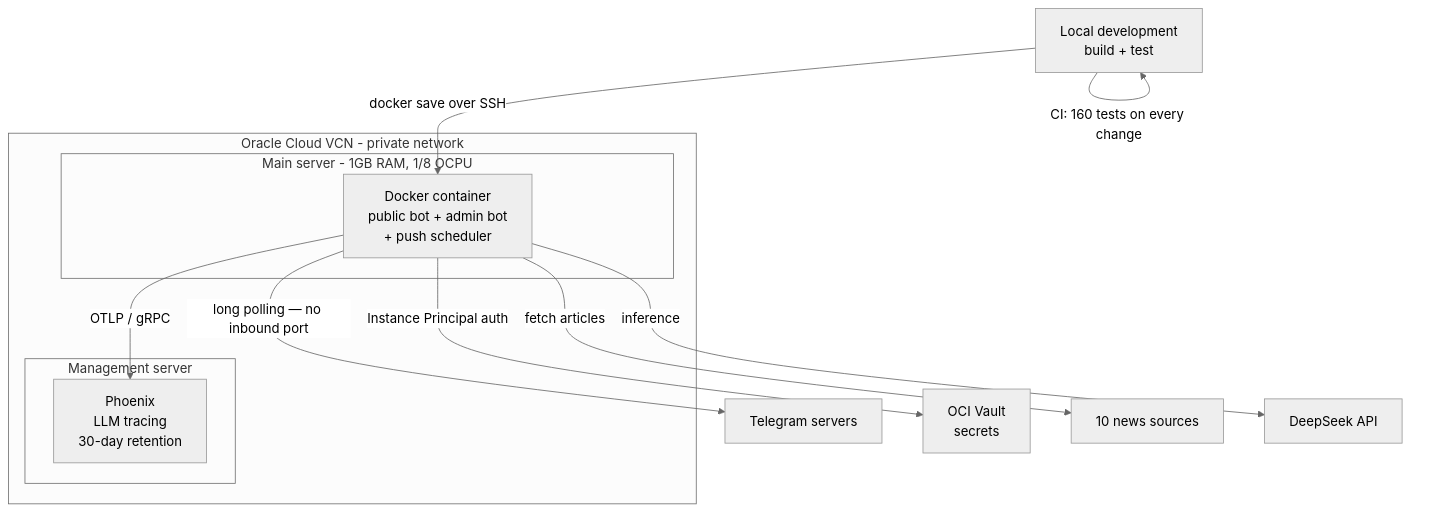
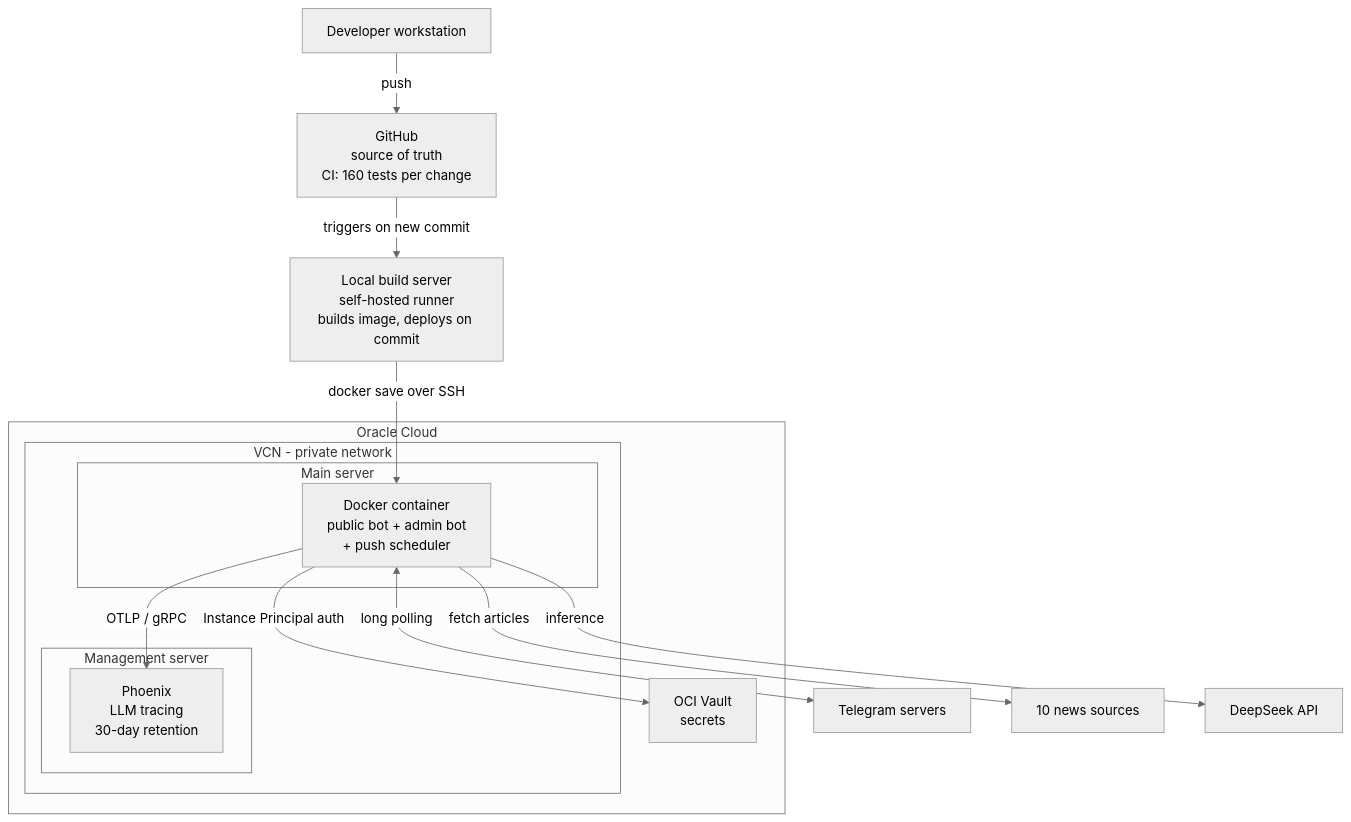
One commit to nankma/argus changed the first of 6 diagrams in docs/system-overview.md. Above: the diagram before and after it, drawn with Mermaid (neutral theme). The commit also changed other lines of this file and 3 other files, not shown here.

````diff
--- a/docs/system-overview.md
+++ b/docs/system-overview.md
@@ -118,25 +129,30 @@
 ```mermaid
 flowchart TB
-    DEV["Local development<br/>build + test"]
+    DEV["Developer workstation"]
+    GH["GitHub<br/>source of truth<br/>CI: 160 tests per change"]
+    BUILD["Local build server<br/>self-hosted runner<br/>builds image, deploys on commit"]
     TG["Telegram servers"]
-    V["OCI Vault<br/>secrets"]
     EXT["10 news sources"]
     LLM["DeepSeek API"]
 
-    subgraph VCN["Oracle Cloud VCN - private network"]
-        subgraph BotVM["Main server - 1GB RAM, 1/8 OCPU"]
-            C["Docker container<br/>public bot + admin bot<br/>+ push scheduler"]
+    subgraph OCI["Oracle Cloud"]
+        V["OCI Vault<br/>secrets"]
+        subgraph VCN["VCN - private network"]
+            subgraph BotVM["Main server"]
+                C["Docker container<br/>public bot + admin bot<br/>+ push scheduler"]
+            end
+            subgraph PhxVM["Management server"]
+                P["Phoenix<br/>LLM tracing<br/>30-day retention"]
+            end
+            C -->|OTLP / gRPC| P
         end
-        subgraph PhxVM["Management server"]
-            P["Phoenix<br/>LLM tracing<br/>30-day retention"]
-        end
-        C -->|OTLP / gRPC| P
     end
 
-    DEV -->|"CI: 160 tests on every change"| DEV
-    DEV -->|"docker save over SSH"| C
-    C -->|"long polling — no inbound port"| TG
+    DEV -->|push| GH
+    GH -->|triggers on new commit| BUILD
+    BUILD -->|"docker save over SSH"| C
+    C <-->|long polling| TG
     C -->|Instance Principal auth| V
     C -->|fetch articles| EXT
     C -->|inference| LLM
 ```
````
